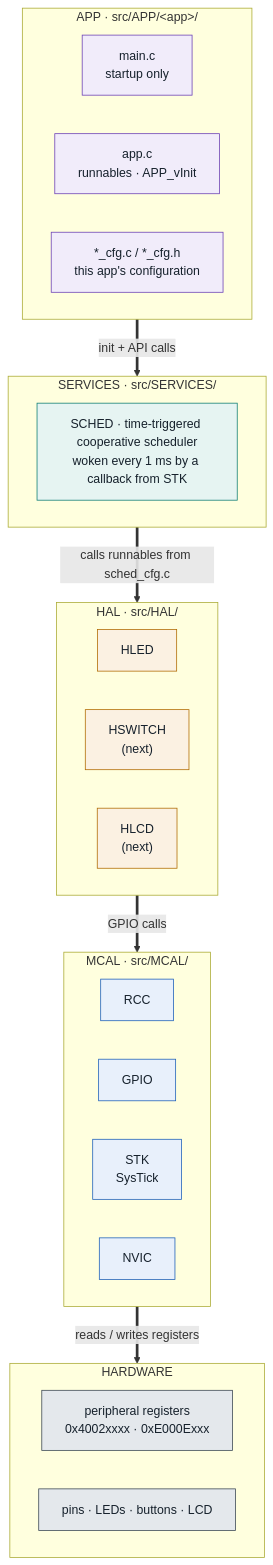
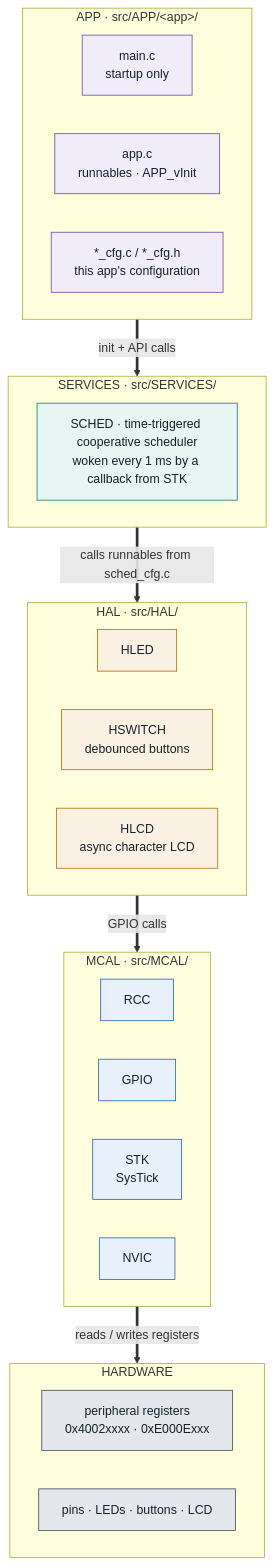
The first of 6 diagrams in docs/ARCHITECTURE.md (Kerolos-Marsleus/stm32_drivers), drawn with Mermaid before and after one commit. The commit also changed other lines of this file, not shown here.

Commit message:
docs: add HLCD architecture, update status

````diff
--- a/docs/ARCHITECTURE.md
+++ b/docs/ARCHITECTURE.md
@@ -13,50 +13,50 @@
 ```mermaid
 flowchart TB
     subgraph APP["APP · src/APP/&lt;app&gt;/"]
         direction LR
         MAIN["main.c<br/>startup only"]
         APPC["app.c<br/>runnables · APP_vInit"]
         CFG["*_cfg.c / *_cfg.h<br/>this app's configuration"]
     end
 
     subgraph SVC["SERVICES · src/SERVICES/"]
         SCHED["SCHED · time-triggered cooperative scheduler<br/>woken every 1 ms by a callback from STK"]
     end
 
     subgraph HAL["HAL · src/HAL/"]
         direction LR
         HLED["HLED"]
-        HSW["HSWITCH<br/>(next)"]
-        HLCD["HLCD<br/>(next)"]
+        HSW["HSWITCH<br/>debounced buttons"]
+        HLCD["HLCD<br/>async character LCD"]
     end
 
     subgraph MCAL["MCAL · src/MCAL/"]
         direction LR
         RCC["RCC"]
         GPIO["GPIO"]
         STK["STK<br/>SysTick"]
         NVIC["NVIC"]
     end
 
     subgraph HW["HARDWARE"]
         direction LR
         REGS["peripheral registers<br/>0x4002xxxx · 0xE000Exxx"]
         PINS["pins · LEDs · buttons · LCD"]
     end
 
     APP == "init + API calls" ==> SVC
     SVC == "calls runnables from sched_cfg.c" ==> HAL
     HAL == "GPIO calls" ==> MCAL
     MCAL == "reads / writes registers" ==> HW
 
     classDef app fill:#F1ECFA,stroke:#6A3FB5,color:#16212C
     classDef svc fill:#E6F4F2,stroke:#0E7C73,color:#16212C
     classDef hal fill:#FBF1E2,stroke:#B06A00,color:#16212C
     classDef mcal fill:#E8F0FB,stroke:#1D5FB8,color:#16212C
     classDef hw fill:#E4E8EC,stroke:#3A4652,color:#16212C
     class MAIN,APPC,CFG app
     class SCHED svc
     class HLED,HSW,HLCD hal
     class RCC,GPIO,STK,NVIC mcal
     class REGS,PINS hw
 ```
````
